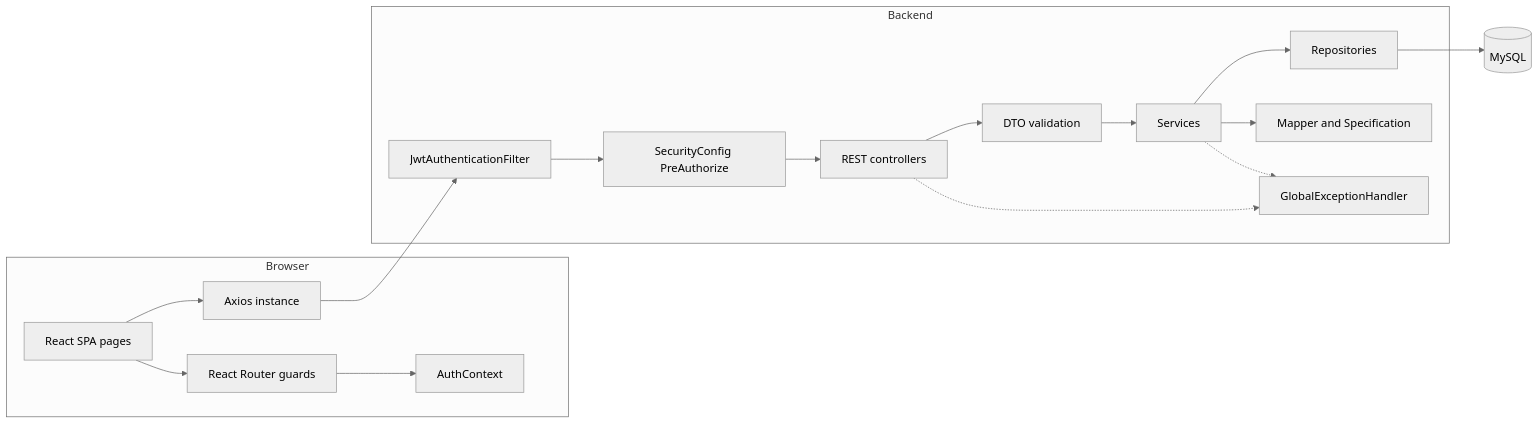
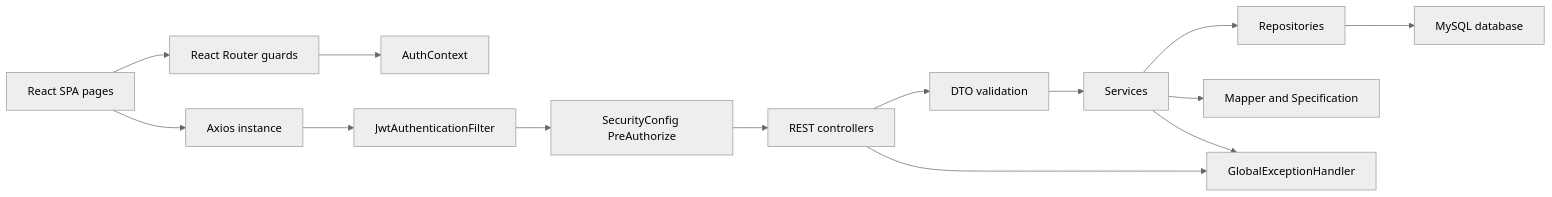
One commit to Lalmohan04/employee-management-system changed the second of 10 diagrams in docs/ARCHITECTURE.md. Above: the diagram before and after it, drawn with Mermaid (neutral theme). The commit also changed other lines of this file, not shown here.

First line of the commit message:
docs: simplify remaining Mermaid flow diagrams

````diff
--- a/docs/ARCHITECTURE.md
+++ b/docs/ARCHITECTURE.md
@@ -78,36 +73,30 @@
 ```mermaid
 graph LR
-    subgraph Browser
-        UI[React SPA pages]
-        ROUTER[React Router guards]
-        CTX[AuthContext]
-        AX[Axios instance]
-    end
-
-    subgraph Backend
-        FILTER[JwtAuthenticationFilter]
-        SEC[SecurityConfig PreAuthorize]
-        CTRL[REST controllers]
-        DTO[DTO validation]
-        SVC[Services]
-        REPO[Repositories]
-        MAP[Mapper and Specification]
-        EX[GlobalExceptionHandler]
-    end
-
-    DB[(MySQL)]
+    UI[React SPA pages]
+    ROUTER[React Router guards]
+    CTX[AuthContext]
+    AX[Axios instance]
+    FILTER[JwtAuthenticationFilter]
+    SEC[SecurityConfig PreAuthorize]
+    CTRL[REST controllers]
+    DTO[DTO validation]
+    SVC[Services]
+    REPO[Repositories]
+    MAP[Mapper and Specification]
+    EX[GlobalExceptionHandler]
+    DB[MySQL database]
 
     UI --> ROUTER
     ROUTER --> CTX
     UI --> AX
     AX --> FILTER
     FILTER --> SEC
     SEC --> CTRL
     CTRL --> DTO
     DTO --> SVC
     SVC --> REPO
     SVC --> MAP
-    CTRL -.-> EX
-    SVC -.-> EX
+    CTRL --> EX
+    SVC --> EX
     REPO --> DB
 ```
````
